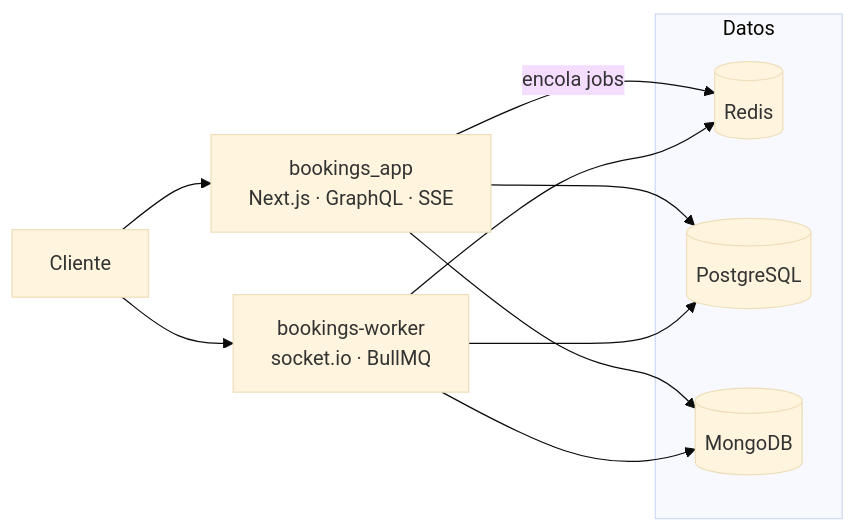
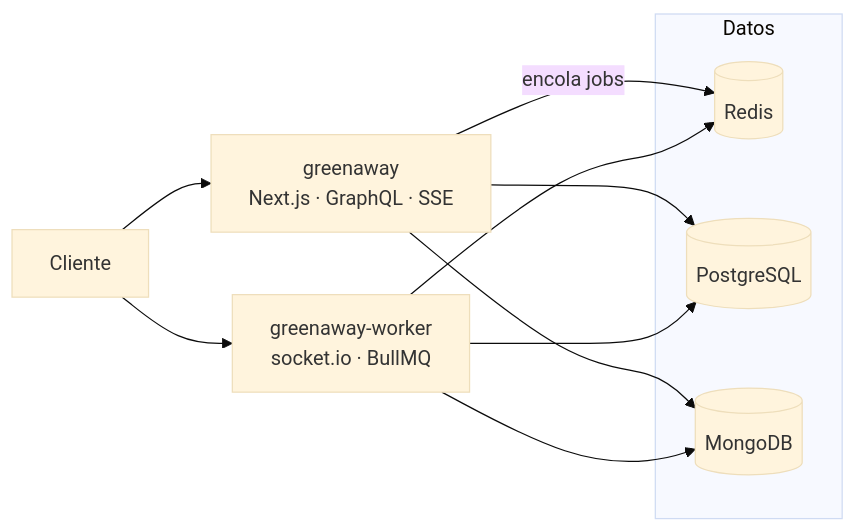
One commit to agustisera1/bookings_app changed the diagram in README.md. Above: the diagram before and after it, drawn with Mermaid (base theme). The commit also changed other lines of this file and 10 other files, not shown here.

````diff
--- a/README.md
+++ b/README.md
@@ -31,13 +31,13 @@
 ```mermaid
 flowchart LR
-  U[Cliente] --> APP["bookings_app<br/>Next.js · GraphQL · SSE"]
-  U --> WRK["bookings-worker<br/>socket.io · BullMQ"]
+  U[Cliente] --> APP["greenaway<br/>Next.js · GraphQL · SSE"]
+  U --> WRK["greenaway-worker<br/>socket.io · BullMQ"]
   APP -->|encola jobs| RD
   APP --> PG & MG
   WRK --> PG & MG & RD
   subgraph Datos
     PG[(PostgreSQL)]
     MG[(MongoDB)]
     RD[(Redis)]
   end
 ```
````
